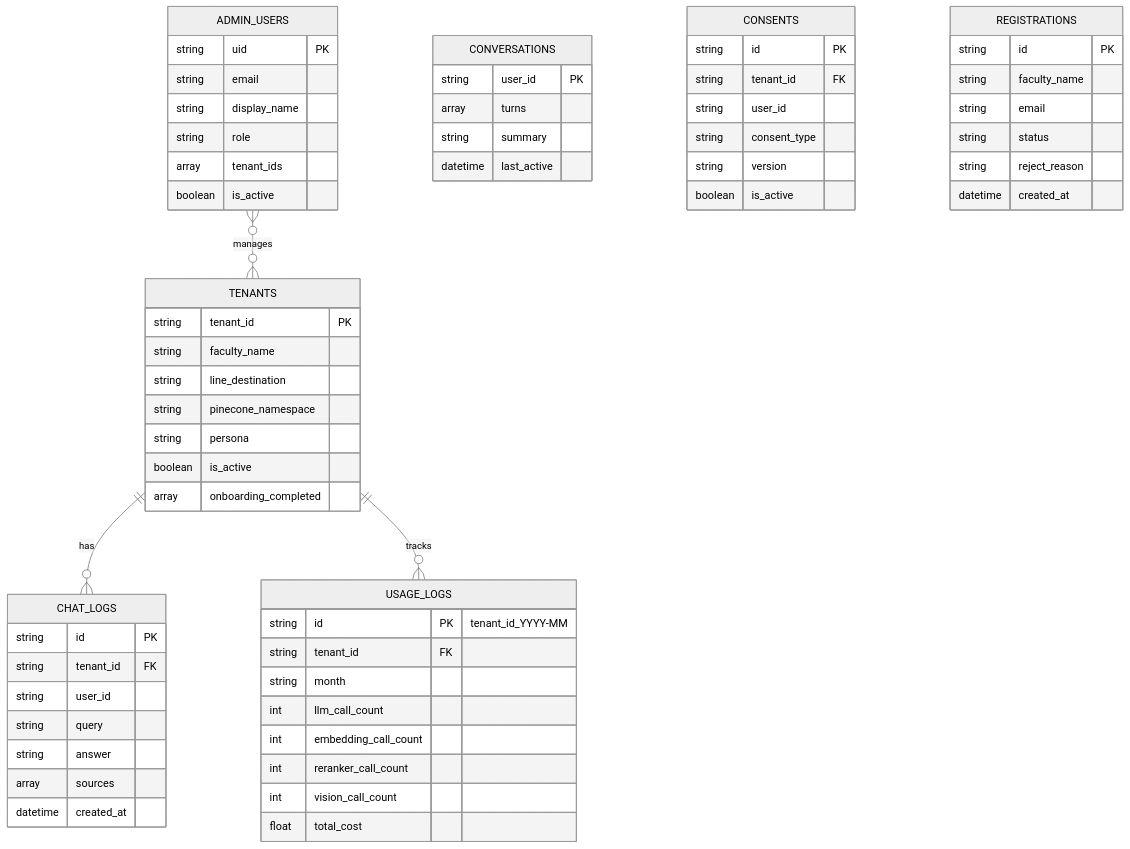
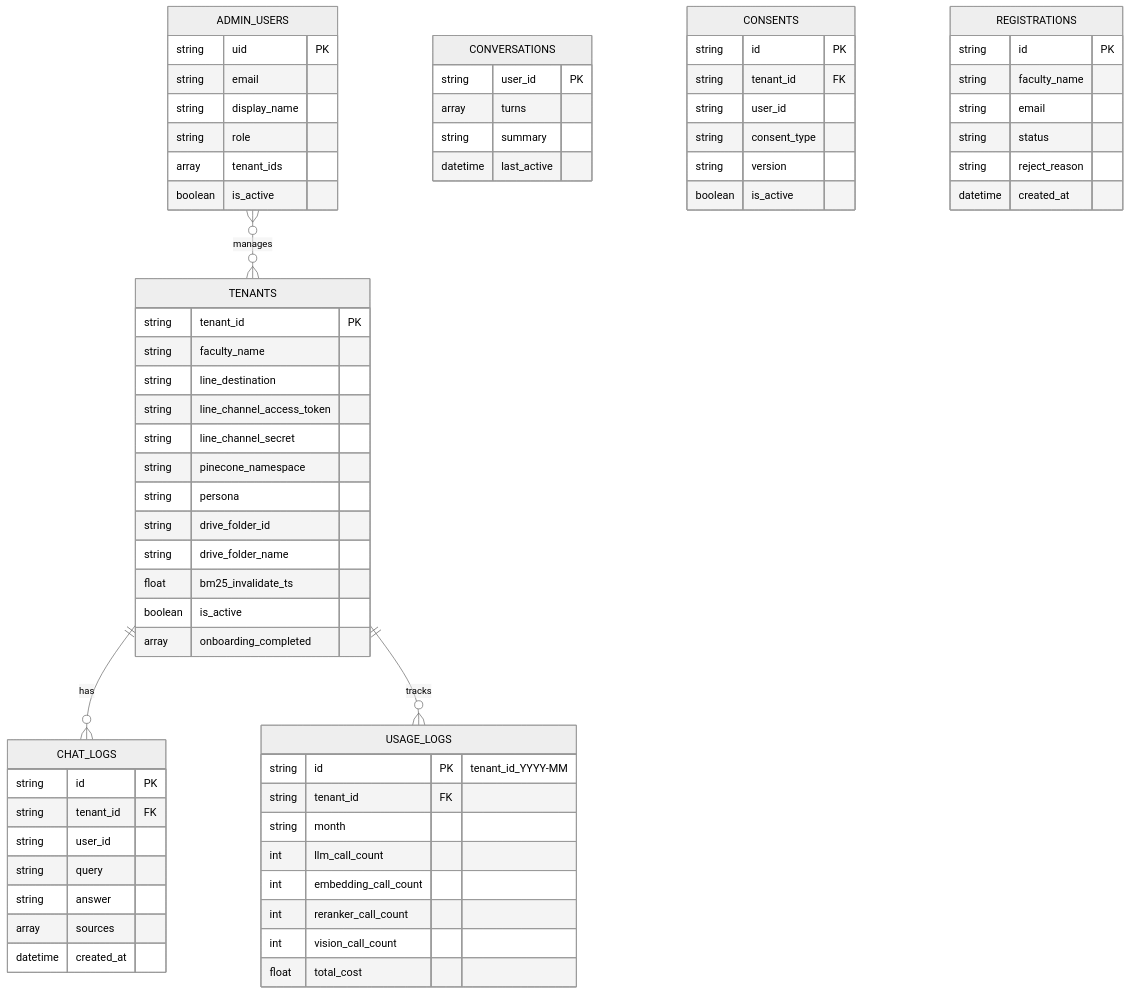
One commit to Kurkool/cutip-rag-chatbot changed the sixth of 10 diagrams in docs/architecture.md. Above: the diagram before and after it, drawn with Mermaid (neutral theme). The commit also changed other lines of this file and 4 other files, not shown here.

````diff
--- a/docs/architecture.md
+++ b/docs/architecture.md
@@ -312,71 +323,76 @@
 ```mermaid
 erDiagram
     TENANTS {
         string tenant_id PK
         string faculty_name
         string line_destination
+        string line_channel_access_token
+        string line_channel_secret
         string pinecone_namespace
         string persona
+        string drive_folder_id
+        string drive_folder_name
+        float bm25_invalidate_ts
         boolean is_active
         array onboarding_completed
     }
 
     CHAT_LOGS {
         string id PK
         string tenant_id FK
         string user_id
         string query
         string answer
         array sources
         datetime created_at
     }
 
     ADMIN_USERS {
         string uid PK
         string email
         string display_name
         string role
         array tenant_ids
         boolean is_active
     }
 
     USAGE_LOGS {
         string id PK "tenant_id_YYYY-MM"
         string tenant_id FK
         string month
         int llm_call_count
         int embedding_call_count
         int reranker_call_count
         int vision_call_count
         float total_cost
     }
 
     CONVERSATIONS {
         string user_id PK
         array turns
         string summary
         datetime last_active
     }
 
     CONSENTS {
         string id PK
         string tenant_id FK
         string user_id
         string consent_type
         string version
         boolean is_active
     }
 
     REGISTRATIONS {
         string id PK
         string faculty_name
         string email
         string status
         string reject_reason
         datetime created_at
     }
 
     TENANTS ||--o{ CHAT_LOGS : has
     TENANTS ||--o{ USAGE_LOGS : tracks
     ADMIN_USERS }o--o{ TENANTS : manages
 ```
````
